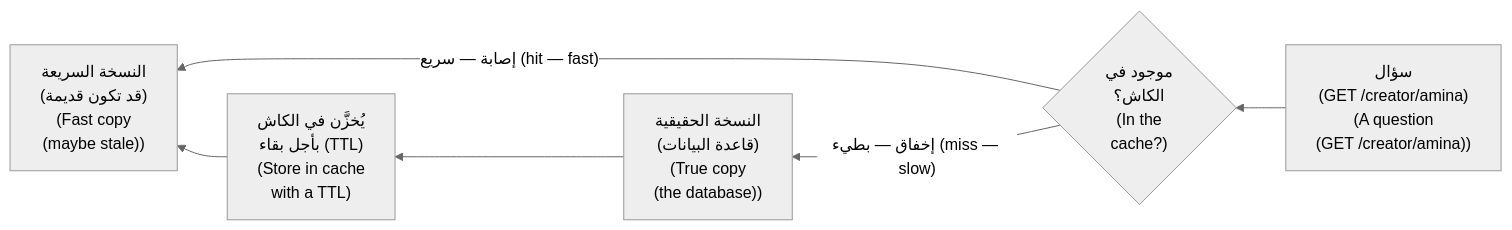
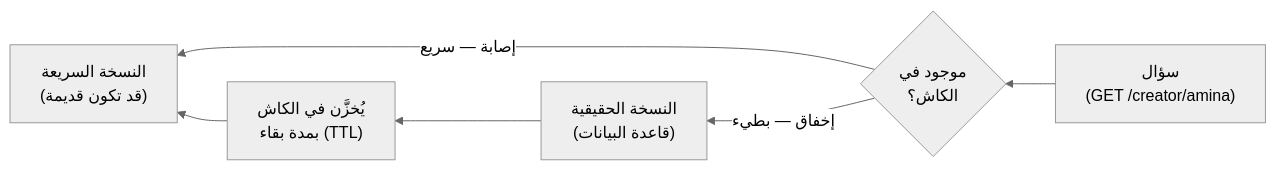
Before and after one commit to Tamoura/system-design-for-vibe-coders: the first of 5 diagrams in modules/03-caching/module.ar.md, drawn with Mermaid (neutral theme). The commit also changed other lines of this file and 551 other files, not shown here.

````diff
--- a/modules/03-caching/module.ar.md
+++ b/modules/03-caching/module.ar.md
@@ -58,7 +60,7 @@
 ```mermaid
 flowchart RL
-    Q["سؤال<br/>(GET /creator/amina)<br/>(A question<br/>(GET /creator/amina))"] --> C{"موجود في<br/>الكاش؟<br/>(In the<br/>cache?)"}
-    C -->|"إصابة — سريع (hit — fast)"| F["النسخة السريعة<br/>(قد تكون قديمة)<br/>(Fast copy<br/>(maybe stale))"]
-    C -->|"إخفاق — بطيء (miss — slow)"| DB["النسخة الحقيقية<br/>(قاعدة البيانات)<br/>(True copy<br/>(the database))"]
-    DB --> S["يُخزَّن في الكاش<br/>بأجل بقاء (TTL)<br/>(Store in cache<br/>with a TTL)"] --> F
+    Q["سؤال<br/>(GET /creator/amina)"] --> C{"موجود في<br/>الكاش؟"}
+    C -->|"إصابة — سريع"| F["النسخة السريعة<br/>(قد تكون قديمة)"]
+    C -->|"إخفاق — بطيء"| DB["النسخة الحقيقية<br/>(قاعدة البيانات)"]
+    DB --> S["يُخزَّن في الكاش<br/>بمدة بقاء (TTL)"] --> F
 ```
````
